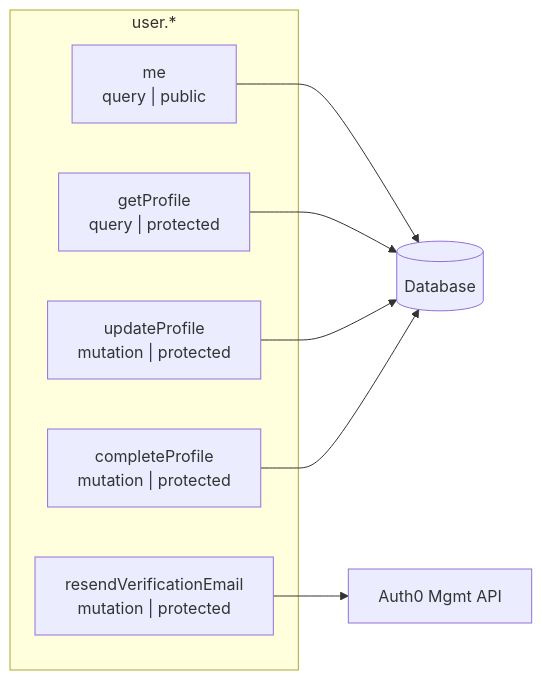
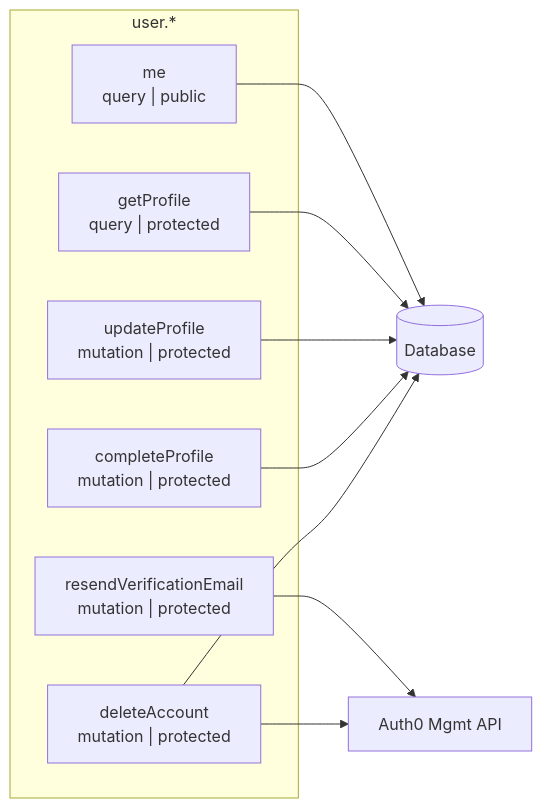
Before and after one commit to Bretthb/jarble: the fifth of 20 diagrams in docs/API-ENDPOINTS.md, drawn with Mermaid. The commit also changed other lines of this file and 8 other files, not shown here.

````diff
--- a/docs/API-ENDPOINTS.md
+++ b/docs/API-ENDPOINTS.md
@@ -192,16 +207,19 @@
 ```mermaid
 graph LR
     subgraph user["user.*"]
         ME["me<br/>query | public"]
         GP["getProfile<br/>query | protected"]
         UP["updateProfile<br/>mutation | protected"]
         CP["completeProfile<br/>mutation | protected"]
         RE["resendVerificationEmail<br/>mutation | protected"]
+        DA["deleteAccount<br/>mutation | protected"]
     end
 
     ME --> DB[("Database")]
     GP --> DB
     UP --> DB
     CP --> DB
     RE --> AUTH0["Auth0 Mgmt API"]
+    DA --> DB
+    DA --> AUTH0
 ```
````
